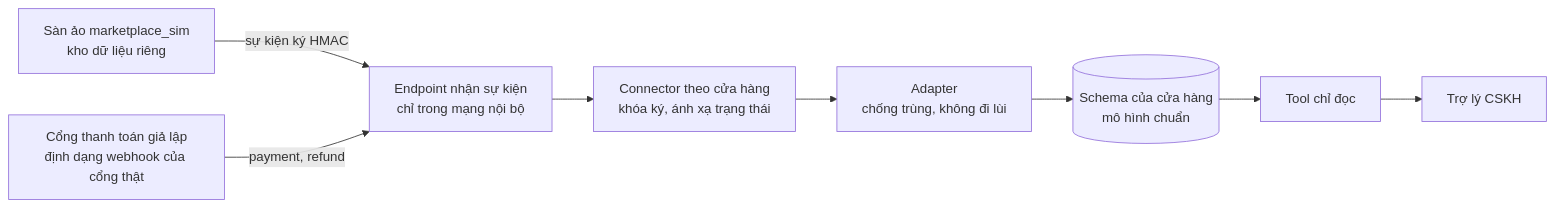
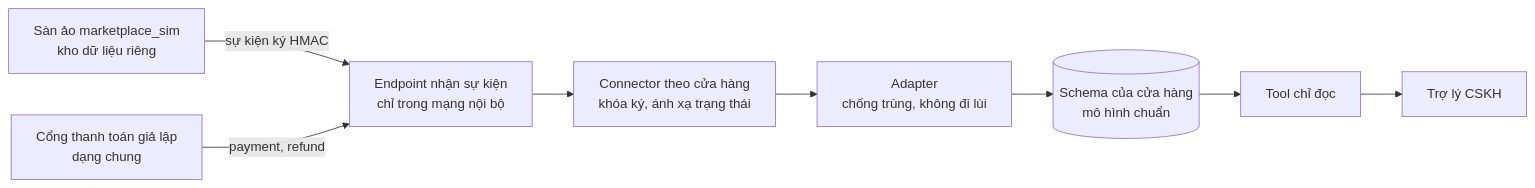
One commit to tuteemovaixlong/CSKH_ban_le changed the second of 2 diagrams in khoa_luan/07_co_so_du_lieu.md. Above: the diagram before and after it, drawn with Mermaid. The commit also changed other lines of this file and 4 other files, not shown here.

````diff
--- a/khoa_luan/07_co_so_du_lieu.md
+++ b/khoa_luan/07_co_so_du_lieu.md
@@ -393,10 +394,10 @@
 ```mermaid
 flowchart LR
   SIM["Sàn ảo marketplace_sim<br/>kho dữ liệu riêng"] -- "sự kiện ký HMAC" --> IN["Endpoint nhận sự kiện<br/>chỉ trong mạng nội bộ"]
-  PAY["Cổng thanh toán giả lập<br/>định dạng webhook của cổng thật"] -- "payment, refund" --> IN
+  PAY["Cổng thanh toán giả lập<br/>dạng chung"] -- "payment, refund" --> IN
   IN --> CON["Connector theo cửa hàng<br/>khóa ký, ánh xạ trạng thái"]
   CON --> AD["Adapter<br/>chống trùng, không đi lùi"]
   AD --> DB[("Schema của cửa hàng<br/>mô hình chuẩn")]
   DB --> TOOL["Tool chỉ đọc"]
   TOOL --> AGENT["Trợ lý CSKH"]
 ```
````
